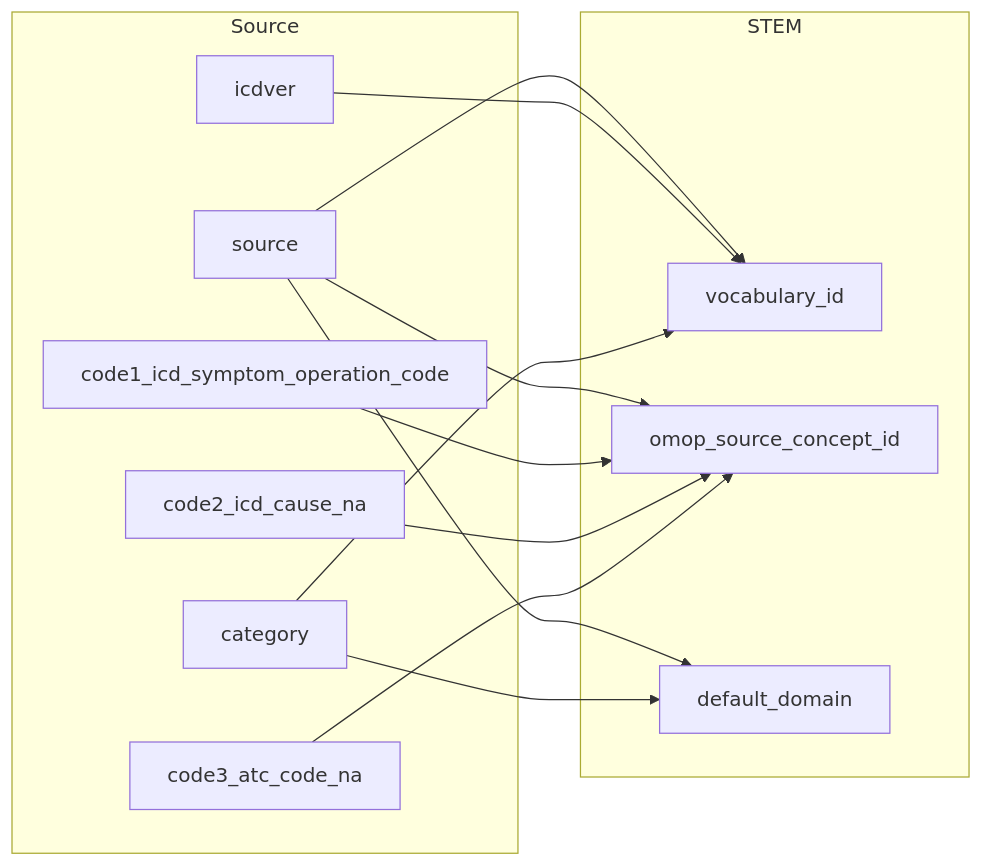
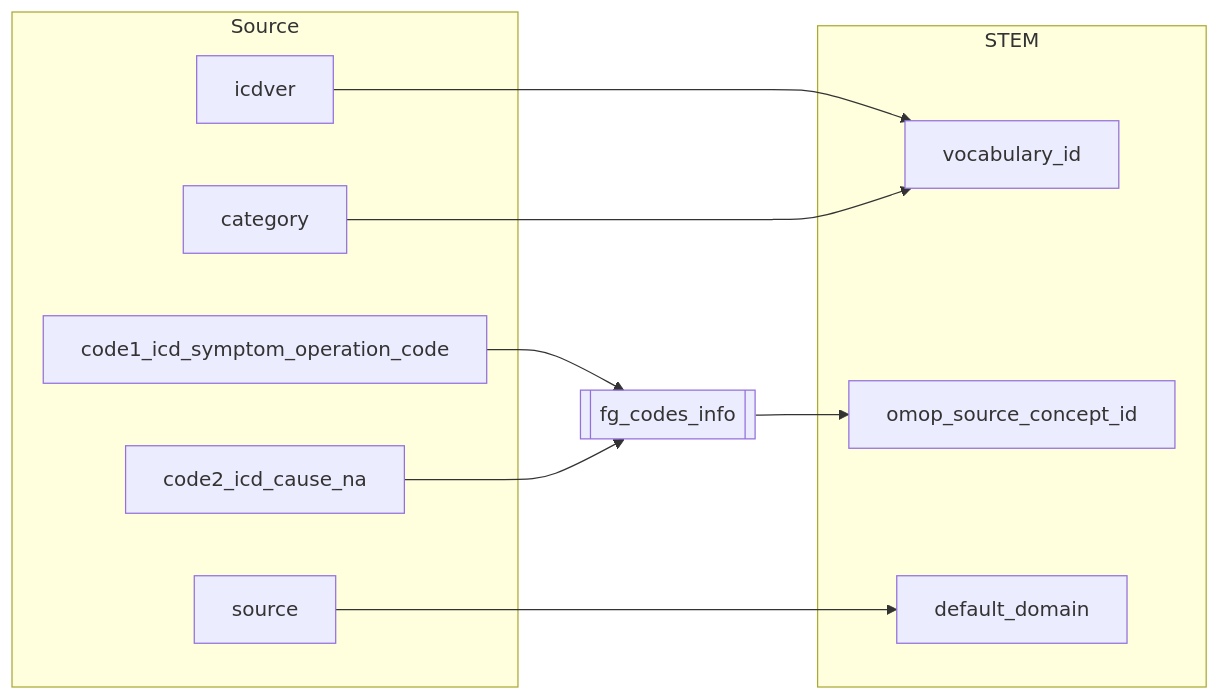
One commit to FINNGEN/ETL changed the diagram in 2_etl_specifications/documentation/stem_table.md. Above: the diagram before and after it, drawn with Mermaid. The commit also changed other lines of this file and 3 other files, not shown here.

````diff
--- a/2_etl_specifications/documentation/stem_table.md
+++ b/2_etl_specifications/documentation/stem_table.md
@@ -5,28 +7,29 @@
 ```mermaid
 flowchart LR
     subgraph Source
+        icdver
+        category
         source
         code1_icd_symptom_operation_code
         code2_icd_cause_na
-        code3_atc_code_na
-        icdver
-        category
     end
+
+    fg_codes_info[[fg_codes_info]]
 
     subgraph STEM
         vocabulary_id
         omop_source_concept_id
         default_domain
 
     end
 
-    source-->vocabulary_id
     icdver-->vocabulary_id
     category-->vocabulary_id
-    source-->omop_source_concept_id
-    code1_icd_symptom_operation_code-->omop_source_concept_id
-    code2_icd_cause_na-->omop_source_concept_id
-    code3_atc_code_na-->omop_source_concept_id
     source-->default_domain
-    category-->default_domain
+
+
+    code1_icd_symptom_operation_code-->fg_codes_info
+    code2_icd_cause_na-->fg_codes_info
+
+    fg_codes_info-->omop_source_concept_id
 ```
````
